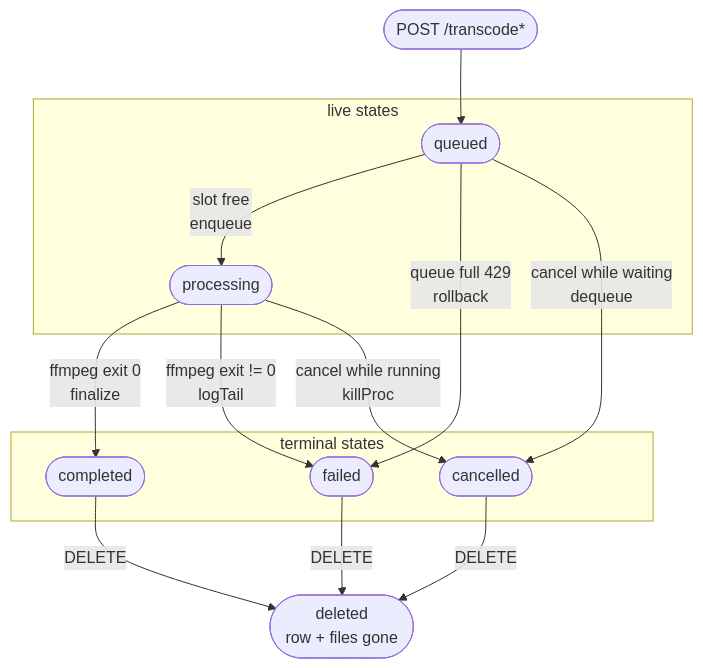
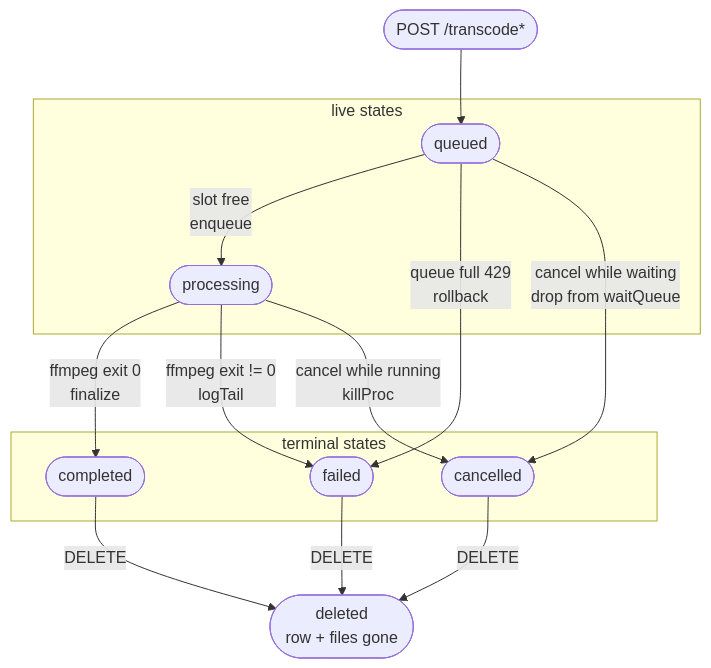
One commit to Iipal/ffmpego_editor changed the fourth of 6 diagrams in apps/api/README.md. Above: the diagram before and after it, drawn with Mermaid. The commit also changed other lines of this file and 18 other files, not shown here.

````diff
--- a/apps/api/README.md
+++ b/apps/api/README.md
@@ -105,29 +105,29 @@
 ```mermaid
 flowchart TB
     Submit([POST /transcode*]) --> Queued
 
     subgraph Active["live states"]
         Queued([queued])
         Processing([processing])
     end
 
     subgraph Terminal["terminal states"]
         Completed([completed])
         Failed([failed])
         Cancelled([cancelled])
     end
 
     Deleted([deleted<br/>row + files gone])
 
     Queued -- slot free<br/>enqueue --> Processing
     Queued -- queue full 429<br/>rollback --> Failed
-    Queued -- cancel while waiting<br/>dequeue --> Cancelled
+    Queued -- cancel while waiting<br/>drop from waitQueue --> Cancelled
 
     Processing -- ffmpeg exit 0<br/>finalize --> Completed
     Processing -- ffmpeg exit != 0<br/>logTail --> Failed
     Processing -- cancel while running<br/>killProc --> Cancelled
 
     Completed -- DELETE --> Deleted
     Failed -- DELETE --> Deleted
     Cancelled -- DELETE --> Deleted
 ```
````
